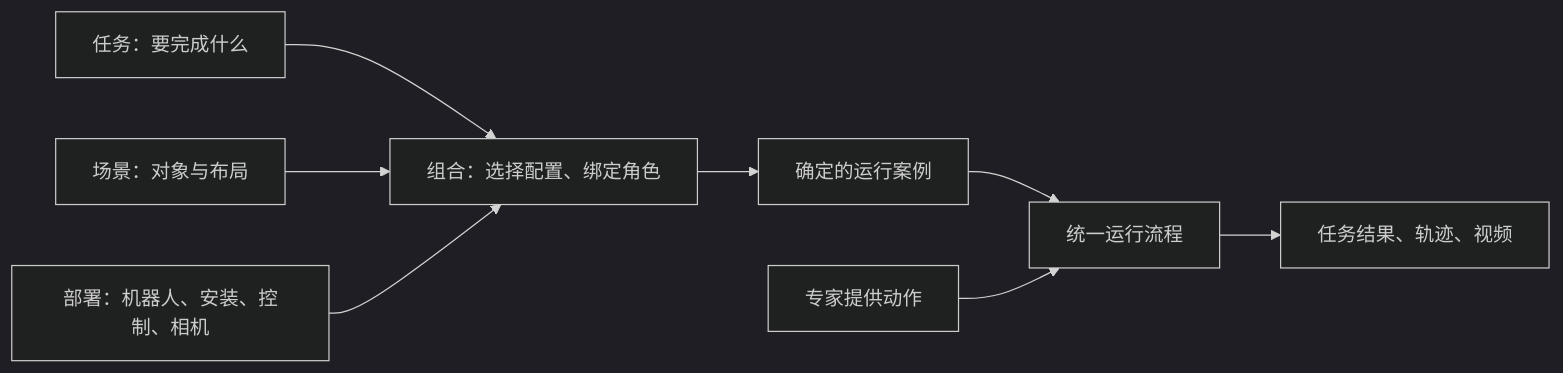
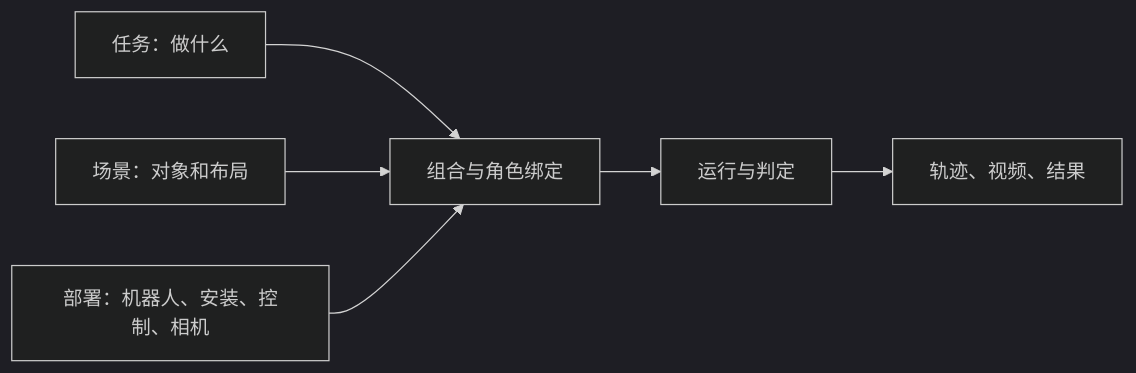
One commit to BotRunner64/LOOM-env changed the diagram in README.md. Above: the diagram before and after it, drawn with Mermaid (dark theme). The commit also changed other lines of this file and 6 other files, not shown here.

Commit message:
docs: simplify project overview and architecture

````diff
--- a/README.md
+++ b/README.md
@@ -9,10 +9,8 @@
 ```mermaid
 flowchart LR
-    T[任务：要完成什么] --> C[组合：选择配置、绑定角色]
-    S[场景：对象与布局] --> C
+    T[任务：做什么] --> C[组合与角色绑定]
+    S[场景：对象和布局] --> C
     D[部署：机器人、安装、控制、相机] --> C
-    C --> E[确定的运行案例]
-    E --> R[统一运行流程]
-    X[专家提供动作] --> R
-    R --> O[任务结果、轨迹、视频]
+    C --> R[运行与判定]
+    R --> O[轨迹、视频、结果]
 ```
````
